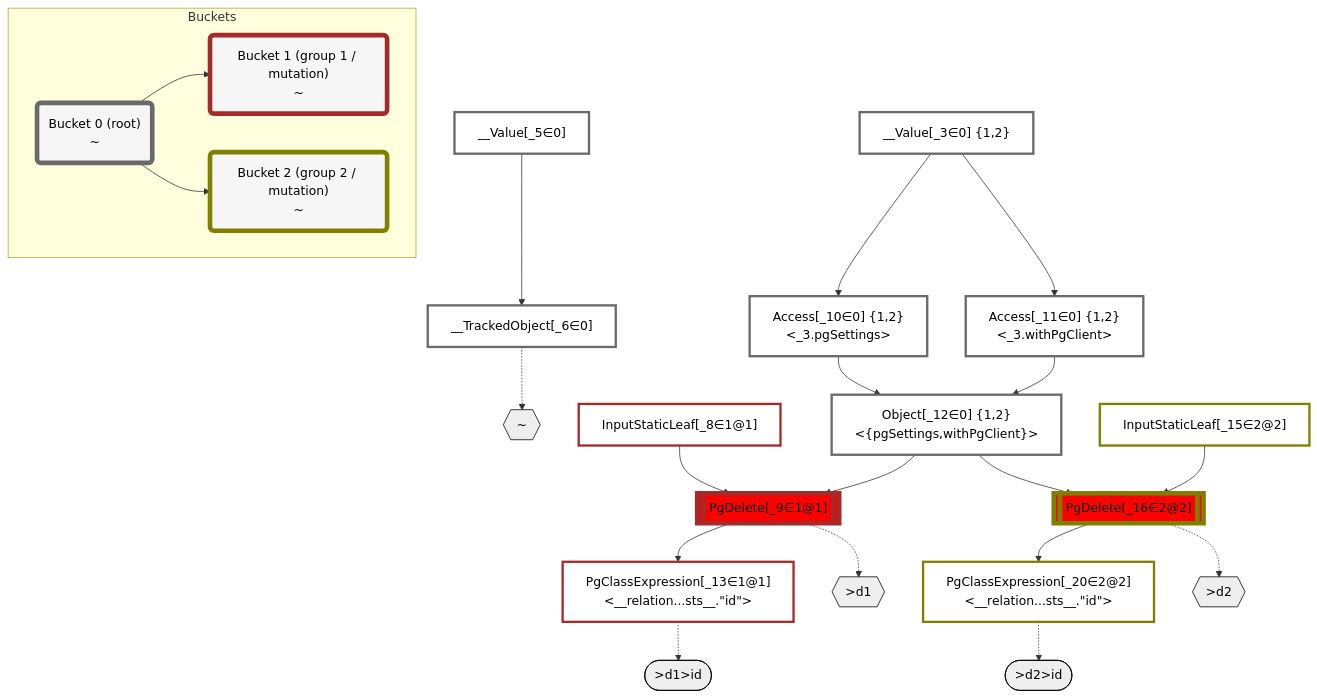
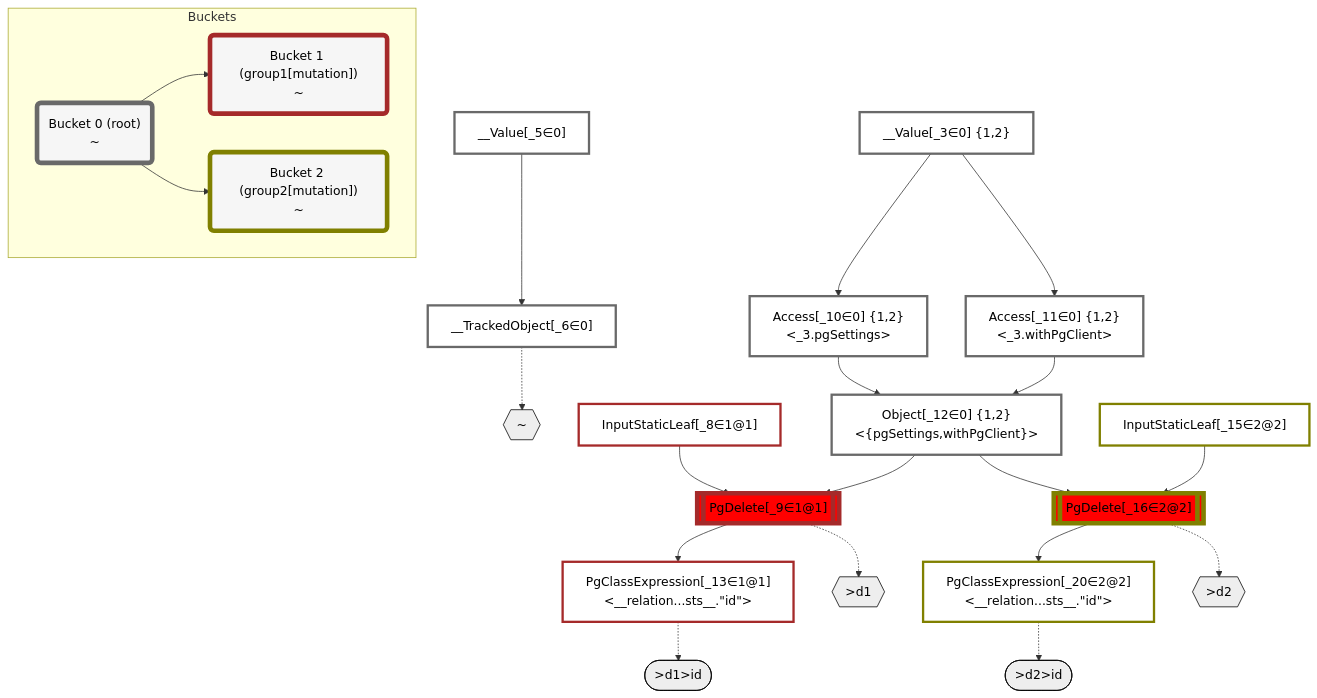
The diagram in packages/dataplan-pg/__tests__/mutations/basics/delete-relational-post-no-computed.deopt.mermaid.md (graphile/crystal), drawn with Mermaid before and after one commit. The commit also changed 159 other files, not shown here.

````diff
--- a/packages/dataplan-pg/__tests__/mutations/basics/delete-relational-post-no-computed.deopt.mermaid.md
+++ b/packages/dataplan-pg/__tests__/mutations/basics/delete-relational-post-no-computed.deopt.mermaid.md
@@ -1,73 +1,73 @@
 ```mermaid
 graph TD
     classDef path fill:#eee,stroke:#000,color:#000
     classDef plan fill:#fff,stroke-width:3px,color:#000
     classDef itemplan fill:#fff,stroke-width:6px,color:#000
     classDef sideeffectplan fill:#f00,stroke-width:6px,color:#000
     classDef bucket fill:#f6f6f6,color:#000,stroke-width:6px
 
     %% subgraph fields
     P1{{"~"}}:::path
     P2{{">d1"}}:::path
     P3([">d1>id"]):::path
     %% P2 -.-> P3
     %% P1 -.-> P2
     P4{{">d2"}}:::path
     P5([">d2>id"]):::path
     %% P4 -.-> P5
     %% P1 -.-> P4
     %% end
 
     %% define plans
     __Value_3["__Value[_3∈0] {1,2}<br /><context>"]:::plan
     __Value_5["__Value[_5∈0]<br /><rootValue>"]:::plan
     __TrackedObject_6["__TrackedObject[_6∈0]"]:::plan
     InputStaticLeaf_8["InputStaticLeaf[_8∈1@1]"]:::plan
     PgDelete_9[["PgDelete[_9∈1@1]"]]:::sideeffectplan
     Access_10["Access[_10∈0] {1,2}<br /><_3.pgSettings>"]:::plan
     Access_11["Access[_11∈0] {1,2}<br /><_3.withPgClient>"]:::plan
     Object_12["Object[_12∈0] {1,2}<br /><{pgSettings,withPgClient}>"]:::plan
     PgClassExpression_13["PgClassExpression[_13∈1@1]<br /><__relation...sts__.#quot;id#quot;>"]:::plan
     InputStaticLeaf_15["InputStaticLeaf[_15∈2@2]"]:::plan
     PgDelete_16[["PgDelete[_16∈2@2]"]]:::sideeffectplan
     PgClassExpression_20["PgClassExpression[_20∈2@2]<br /><__relation...sts__.#quot;id#quot;>"]:::plan
 
     %% plan dependencies
     __Value_5 --> __TrackedObject_6
     Object_12 --> PgDelete_9
     InputStaticLeaf_8 --> PgDelete_9
     __Value_3 --> Access_10
     __Value_3 --> Access_11
     Access_10 --> Object_12
     Access_11 --> Object_12
     PgDelete_9 --> PgClassExpression_13
     Object_12 --> PgDelete_16
     InputStaticLeaf_15 --> PgDelete_16
     PgDelete_16 --> PgClassExpression_20
 
     %% plan-to-path relationships
     __TrackedObject_6 -.-> P1
     PgDelete_9 -.-> P2
     PgClassExpression_13 -.-> P3
     PgDelete_16 -.-> P4
     PgClassExpression_20 -.-> P5
 
     %% allocate buckets
     classDef bucket0 stroke:#696969
     class __Value_3,__Value_5,__TrackedObject_6,Access_10,Access_11,Object_12 bucket0
     classDef bucket1 stroke:#a52a2a
     class InputStaticLeaf_8,PgDelete_9,PgClassExpression_13 bucket1
     classDef bucket2 stroke:#808000
     class InputStaticLeaf_15,PgDelete_16,PgClassExpression_20 bucket2
 
     subgraph Buckets
     Bucket0("Bucket 0 (root)<br />~"):::bucket
     style Bucket0 stroke:#696969
-    Bucket1("Bucket 1 (group 1 / mutation)<br />~"):::bucket
+    Bucket1("Bucket 1 (group1[mutation])<br />~"):::bucket
     style Bucket1 stroke:#a52a2a
     Bucket0 --> Bucket1
-    Bucket2("Bucket 2 (group 2 / mutation)<br />~"):::bucket
+    Bucket2("Bucket 2 (group2[mutation])<br />~"):::bucket
     style Bucket2 stroke:#808000
     Bucket0 --> Bucket2
     end
 ```
````
